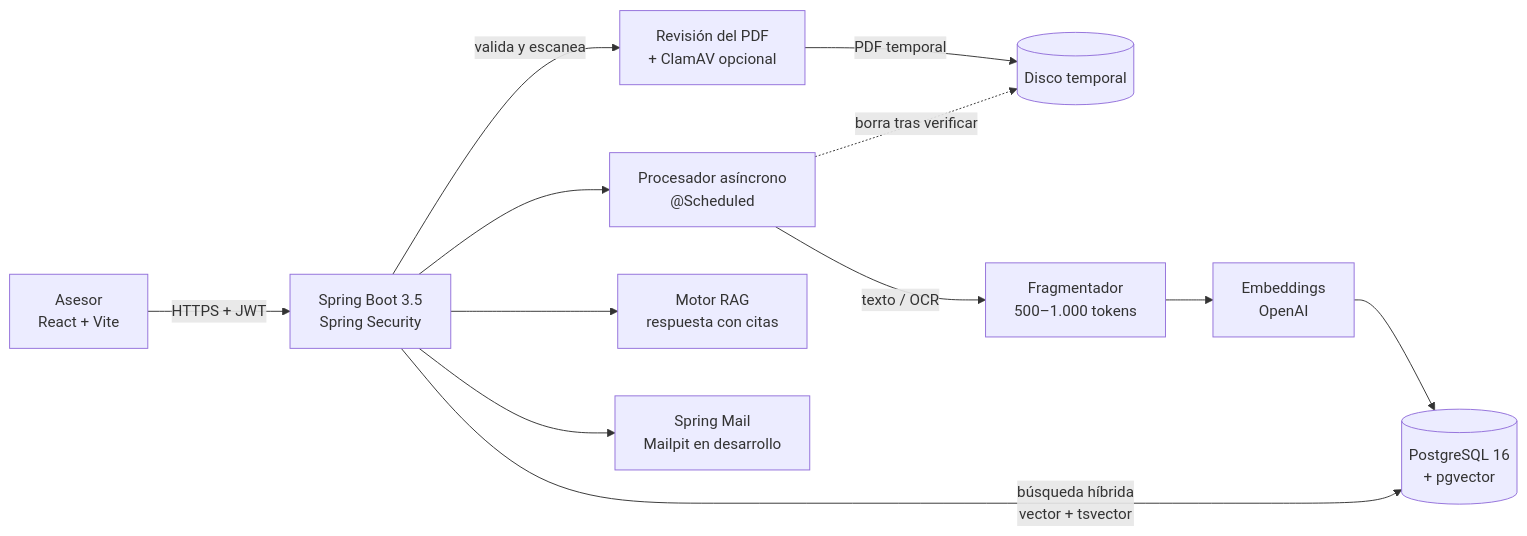
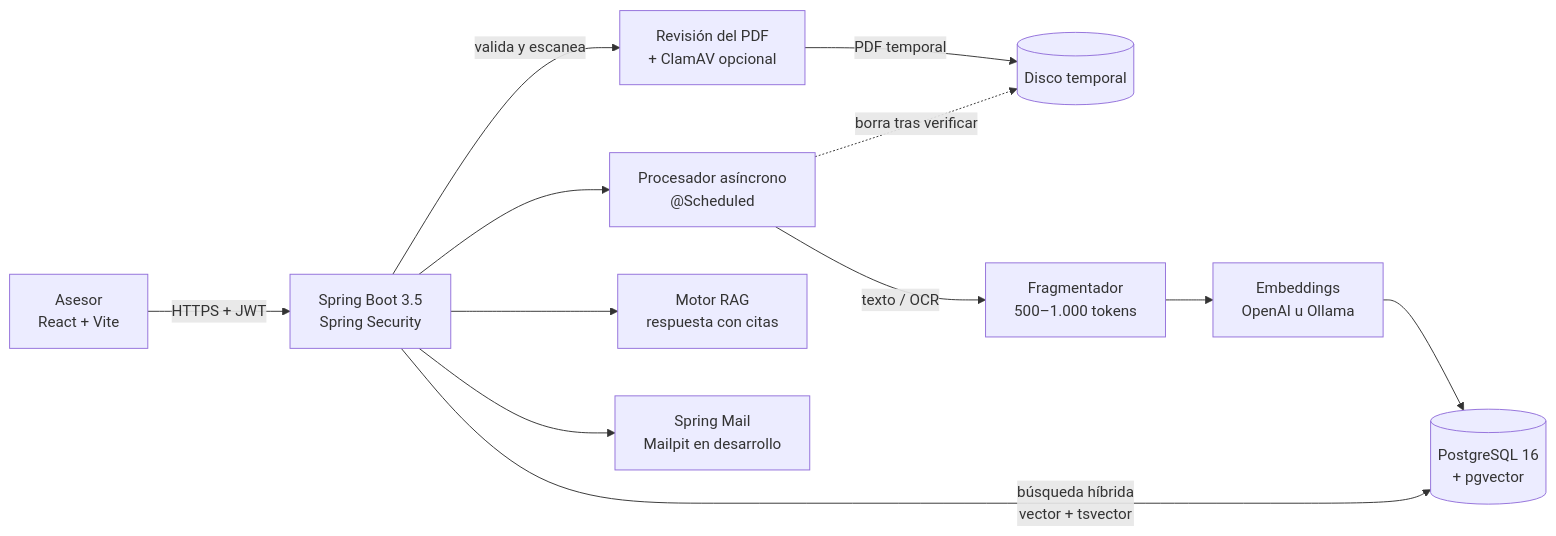
Before and after one commit to sebastianace/PREDIA: the diagram in README.md, drawn with Mermaid. The commit also changed other lines of this file and 1 other file, not shown here.

Commit message:
Documenta la IA local con Ollama en el README y .env.example

````diff
--- a/README.md
+++ b/README.md
@@ -62,14 +62,14 @@
 ```mermaid
 flowchart LR
     U[Asesor<br/>React + Vite] -- HTTPS + JWT --> API[Spring Boot 3.5<br/>Spring Security]
     API -- valida y escanea --> AV[Revisión del PDF<br/>+ ClamAV opcional]
     AV -- PDF temporal --> TMP[(Disco temporal)]
     API --> JOB[Procesador asíncrono<br/>@Scheduled]
     JOB -- texto / OCR --> FR[Fragmentador<br/>500–1.000 tokens]
-    FR --> EMB[Embeddings<br/>OpenAI]
+    FR --> EMB[Embeddings<br/>OpenAI u Ollama]
     EMB --> PG[(PostgreSQL 16<br/>+ pgvector)]
     JOB -. borra tras verificar .-> TMP
     API -- búsqueda híbrida<br/>vector + tsvector --> PG
     API --> RAG[Motor RAG<br/>respuesta con citas]
     API --> MAIL[Spring Mail<br/>Mailpit en desarrollo]
 ```
````
